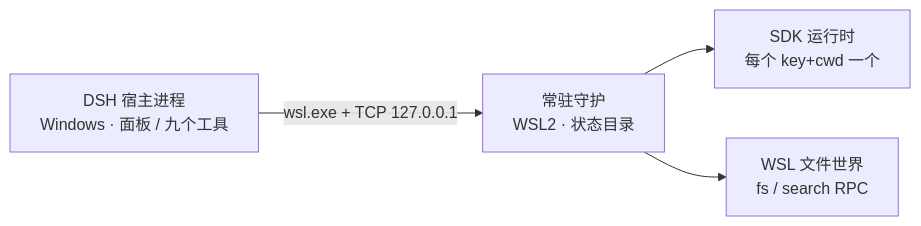
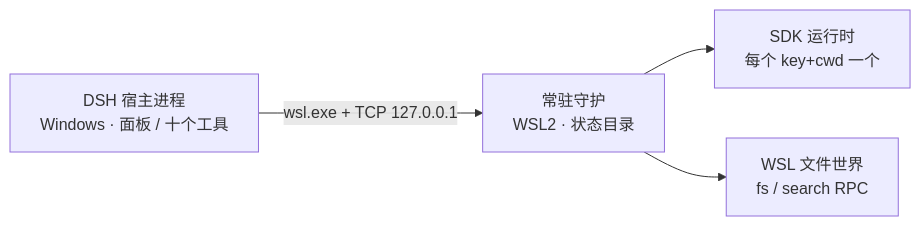
Before and after one commit to mozhuanzuojing/dsh-remote-wsl: the diagram in README.md, drawn with Mermaid. The commit also changed other lines of this file and 8 other files, not shown here.

````diff
--- a/README.md
+++ b/README.md
@@ -43,6 +43,6 @@
 ```mermaid
 flowchart LR
-  H["DSH 宿主进程<br/>Windows · 面板 / 九个工具"] -- "wsl.exe + TCP 127.0.0.1" --> D["常驻守护<br/>WSL2 · 状态目录"]
+  H["DSH 宿主进程<br/>Windows · 面板 / 十个工具"] -- "wsl.exe + TCP 127.0.0.1" --> D["常驻守护<br/>WSL2 · 状态目录"]
   D --> R["SDK 运行时<br/>每个 key+cwd 一个"]
   D --> F["WSL 文件世界<br/>fs / search RPC"]
 ```
````
